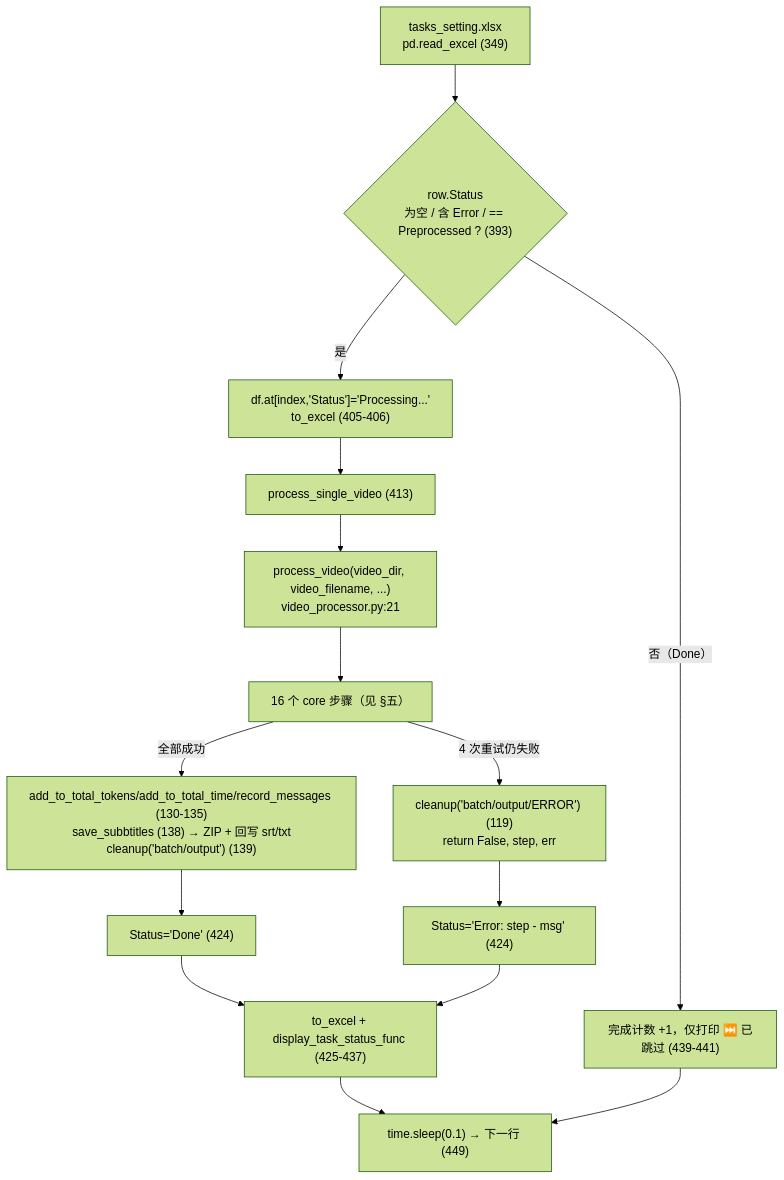
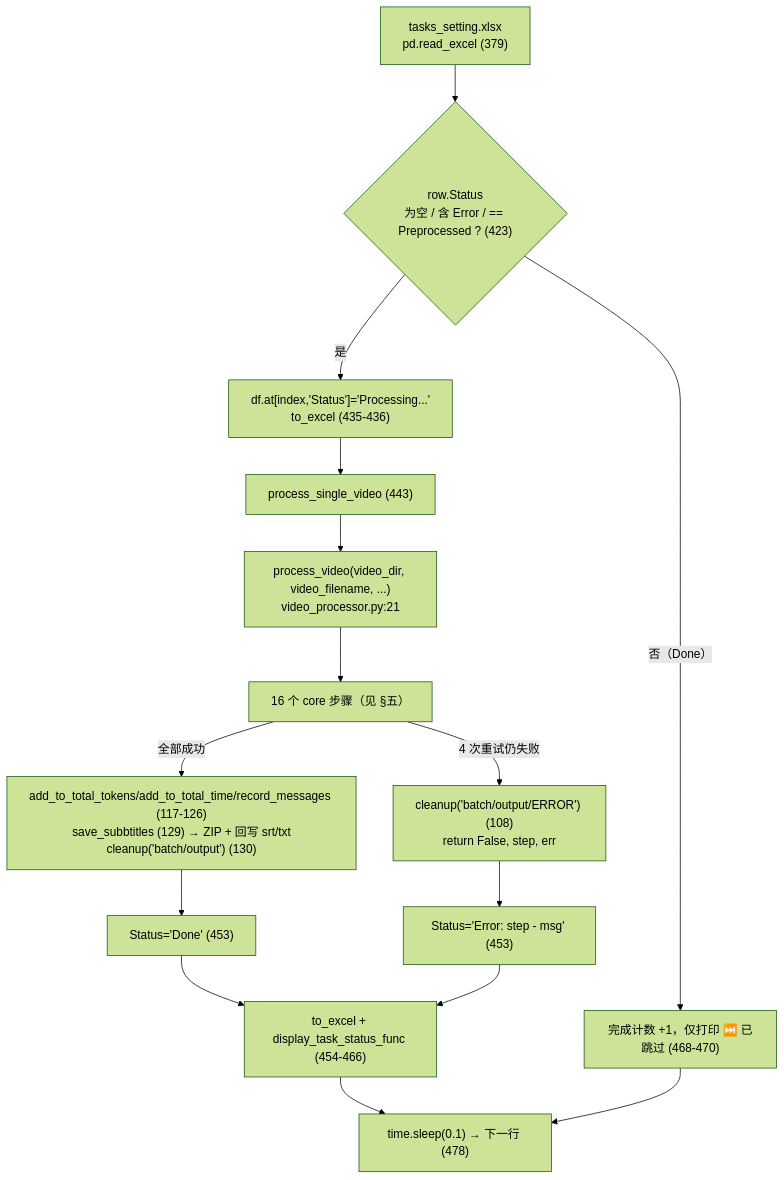
One commit to Brzjomo/VideoLingoMove changed the second of 3 diagrams in devdocs/01-entrypoints/02-批量模式入口.md. Above: the diagram before and after it, drawn with Mermaid (forest theme). The commit also changed other lines of this file and 30 other files, not shown here.

````diff
--- a/devdocs/01-entrypoints/02-批量模式入口.md
+++ b/devdocs/01-entrypoints/02-批量模式入口.md
@@ -118,17 +117,17 @@
 ```mermaid
 flowchart TD
-    A["tasks_setting.xlsx<br/>pd.read_excel (349)"] --> B{"row.Status<br/>为空 / 含 Error / == Preprocessed ? (393)"}
-    B -->|是| C["df.at[index,'Status']='Processing...'<br/>to_excel (405-406)"]
-    C --> D["process_single_video (413)"]
+    A["tasks_setting.xlsx<br/>pd.read_excel (379)"] --> B{"row.Status<br/>为空 / 含 Error / == Preprocessed ? (423)"}
+    B -->|是| C["df.at[index,'Status']='Processing...'<br/>to_excel (435-436)"]
+    C --> D["process_single_video (443)"]
     D --> E["process_video(video_dir, video_filename, ...)<br/>video_processor.py:21"]
     E --> F["16 个 core 步骤（见 §五）"]
-    F -->|全部成功| G["add_to_total_tokens/add_to_total_time/record_messages (130-135)<br/>save_subbtitles (138) → ZIP + 回写 srt/txt<br/>cleanup('batch/output') (139)"]
-    F -->|4 次重试仍失败| H["cleanup('batch/output/ERROR') (119)<br/>return False, step, err"]
-    G --> I["Status='Done' (424)"]
-    H --> J["Status='Error: step - msg' (424)"]
-    I --> K["to_excel + display_task_status_func (425-437)"]
+    F -->|全部成功| G["add_to_total_tokens/add_to_total_time/record_messages (117-126)<br/>save_subbtitles (129) → ZIP + 回写 srt/txt<br/>cleanup('batch/output') (130)"]
+    F -->|4 次重试仍失败| H["cleanup('batch/output/ERROR') (108)<br/>return False, step, err"]
+    G --> I["Status='Done' (453)"]
+    H --> J["Status='Error: step - msg' (453)"]
+    I --> K["to_excel + display_task_status_func (454-466)"]
     J --> K
-    B -->|否（Done）| L["完成计数 +1，仅打印 ⏭️ 已跳过 (439-441)"]
-    K --> M["time.sleep(0.1) → 下一行 (449)"]
+    B -->|否（Done）| L["完成计数 +1，仅打印 ⏭️ 已跳过 (468-470)"]
+    K --> M["time.sleep(0.1) → 下一行 (478)"]
     L --> M
 ```
````
